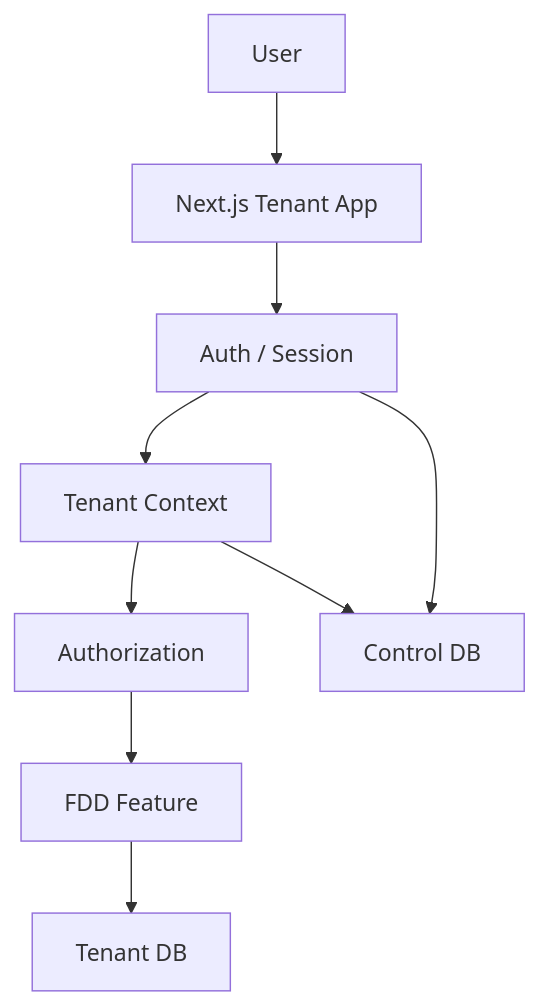
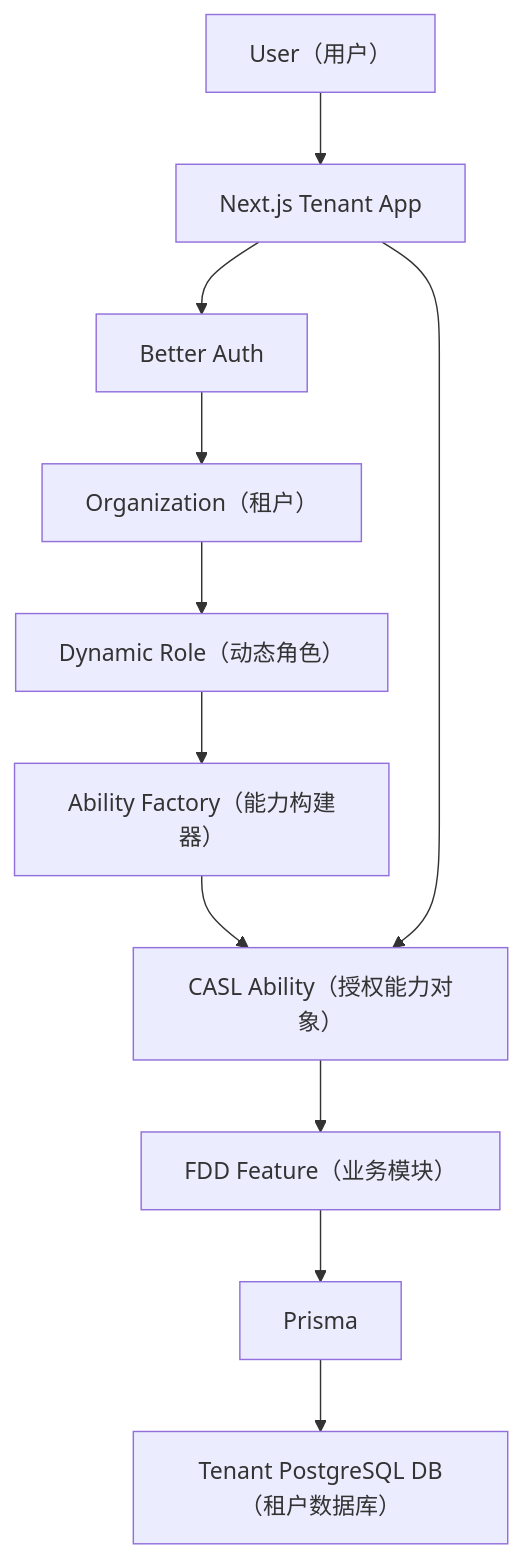
The diagram in docs/SaaS_Foundation_Minimal.md (leohu25/ActivityReservation), drawn with Mermaid before and after one commit. The commit also changed other lines of this file and 53 other files, not shown here.

First line of the commit message:
feat(monorepo): initialize turborepo workspace, nextjs app and align auth docs

````diff
--- a/docs/SaaS_Foundation_Minimal.md
+++ b/docs/SaaS_Foundation_Minimal.md
@@ -70,23 +84,29 @@
 ```mermaid
 flowchart TB
-    User["User"]
-    App["Next.js Tenant App"]
+    U["User（用户）"]
+    N["Next.js Tenant App"]
 
-    Auth["Auth / Session"]
-    Tenant["Tenant Context"]
-    AuthZ["Authorization"]
-    Feature["FDD Feature"]
+    BA["Better Auth"]
+    ORG["Organization（租户）"]
+    ROLE["Dynamic Role（动态角色）"]
 
-    Control["Control DB"]
-    TenantDB["Tenant DB"]
+    AF["Ability Factory（能力构建器）"]
+    CASL["CASL Ability（授权能力对象）"]
 
-    User --> App
-    App --> Auth
-    Auth --> Tenant
-    Tenant --> AuthZ
-    AuthZ --> Feature
+    FEATURE["FDD Feature（业务模块）"]
+    PRISMA["Prisma"]
+    DB["Tenant PostgreSQL DB（租户数据库）"]
 
-    Auth --> Control
-    Tenant --> Control
-    Feature --> TenantDB
+    U --> N
+    N --> BA
+    BA --> ORG
+    ORG --> ROLE
+
+    ROLE --> AF
+    AF --> CASL
+
+    N --> CASL
+    CASL --> FEATURE
+    FEATURE --> PRISMA
+    PRISMA --> DB
 ```
````
